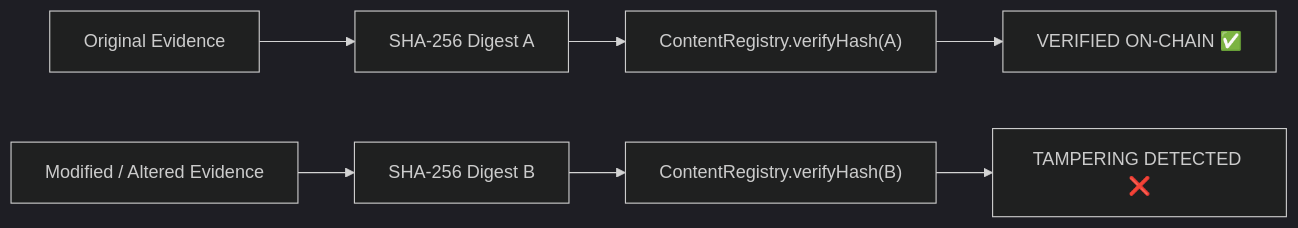
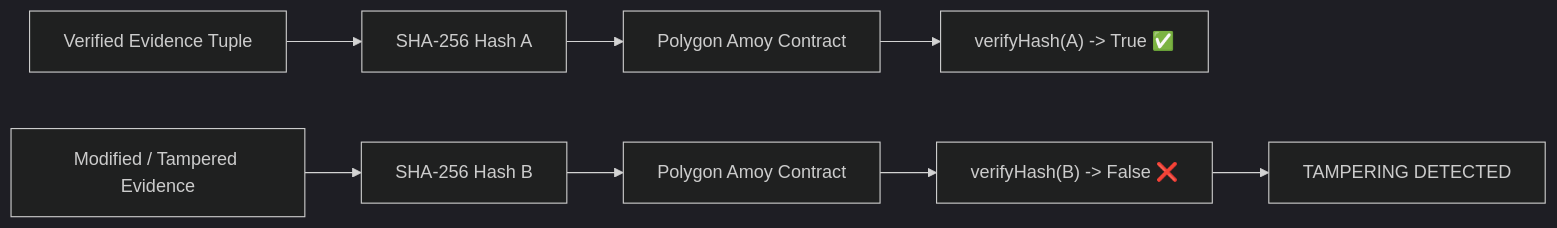
One commit to mohdasif-v1/hh-goa2026-task-03 changed the third of 3 diagrams in README.md. Above: the diagram before and after it, drawn with Mermaid (dark theme). The commit also changed other lines of this file, not shown here.

````diff
--- a/README.md
+++ b/README.md
@@ -204,10 +188,11 @@
 ```mermaid
 flowchart LR
-    Sub1["Original Evidence"] --> Hash1["SHA-256 Digest A"]
-    Hash1 --> Contract1["ContentRegistry.verifyHash(A)"]
-    Contract1 --> Result1["VERIFIED ON-CHAIN ✅"]
+    A["Verified Evidence Tuple"] --> B["SHA-256 Hash A"]
+    B --> C["Polygon Amoy Contract"]
+    C --> D["verifyHash(A) -> True ✅"]
 
-    Sub2["Modified / Altered Evidence"] --> Hash2["SHA-256 Digest B"]
-    Hash2 --> Contract2["ContentRegistry.verifyHash(B)"]
-    Contract2 --> Result2["TAMPERING DETECTED ❌"]
+    E["Modified / Tampered Evidence"] --> F["SHA-256 Hash B"]
+    F --> G["Polygon Amoy Contract"]
+    G --> H["verifyHash(B) -> False ❌"]
+    H --> I["TAMPERING DETECTED"]
 ```
````
